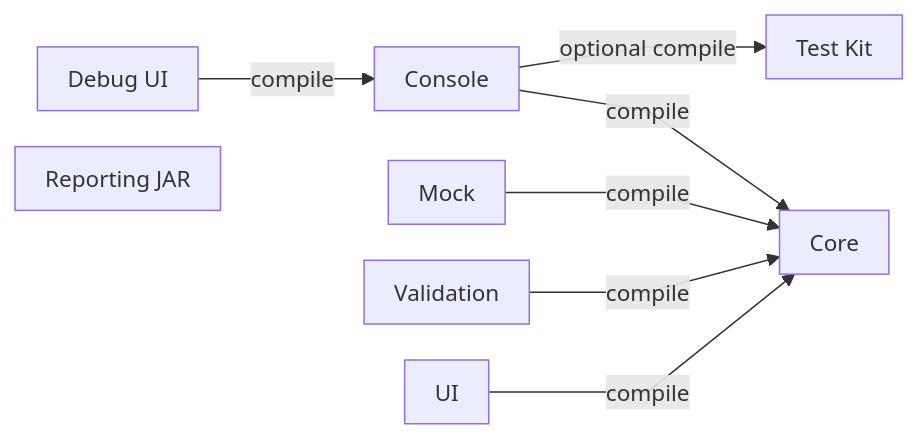
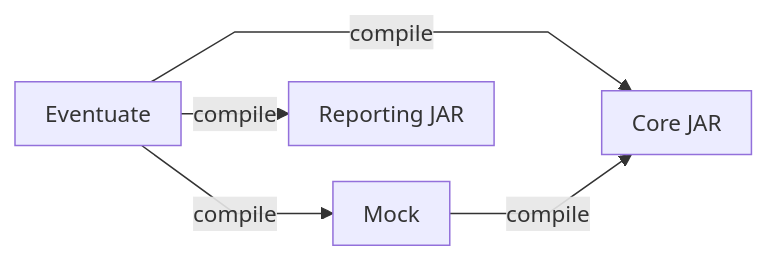
Before and after one commit to crististefanita/atf_j2: the diagram in docs/ATF_Architecture.md, drawn with Mermaid. The commit also changed other lines of this file and 360 other files, not shown here.

````diff
--- a/docs/ATF_Architecture.md
+++ b/docs/ATF_Architecture.md
@@ -36,11 +23,8 @@
 ```mermaid
-%%{init: {"themeVariables":{"fontSize":"15px"},"themeCSS":".nodeLabel, .nodeLabel p { font-size: 15px !important; line-height: 1.35 !important; } .edgeLabel, .edgeLabel p { font-size: 12px !important; font-weight: 400 !important; line-height: 1.2 !important; } .edgeLabel .labelBkg, .edgeLabel p { background: transparent !important; } .edgeLabel foreignObject { transform: translateY(-18px); overflow: visible; } .node rect { rx: 6px; ry: 6px; }","flowchart":{"curve":"linear","nodeSpacing":24,"rankSpacing":40,"padding":10,"diagramPadding":16}}}%%
+%%{init: {"themeVariables":{"fontSize":"15px"},"themeCSS":".nodeLabel, .nodeLabel p { font-size: 15px !important; line-height: 1.35 !important; } .edgeLabel, .edgeLabel p { font-size: 12px !important; font-weight: 400 !important; line-height: 1.2 !important; } .edgeLabel .labelBkg, .edgeLabel p { background: transparent !important; } .edgeLabel foreignObject { transform: translateY(-18px); overflow: visible; } .node rect { rx: 6px; ry: 6px; }","flowchart":{"curve":"linear","nodeSpacing":24,"rankSpacing":16,"padding":10,"diagramPadding":16}}}%%
 flowchart LR
-    Debug["Debug UI"] -->|compile| Console["Console"]
-    Console -->|compile| Core["Core"]
-    Console -->|optional compile| Kit["Test Kit"]
-    Mock["Mock"] -->|compile| Core
-    Validation["Validation"] -->|compile| Core
-    Ui["UI"] -->|compile| Core
-    Reporting["Reporting JAR"]
+    Consumer["Eventuate"] -->|compile| Core["Core JAR"]
+    Consumer -->|compile| Mock["Mock"]
+    Consumer -->|compile| Reporting["Reporting JAR"]
+    Mock -->|compile| Core
 ```
````
